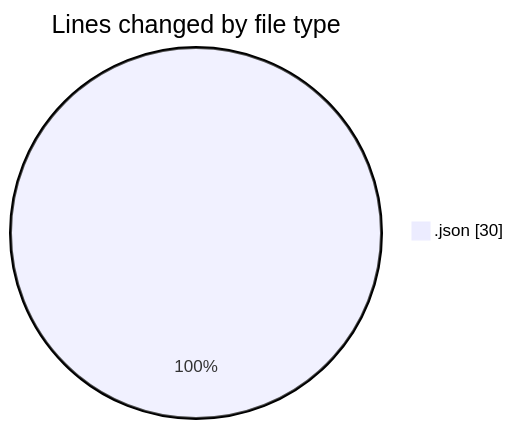
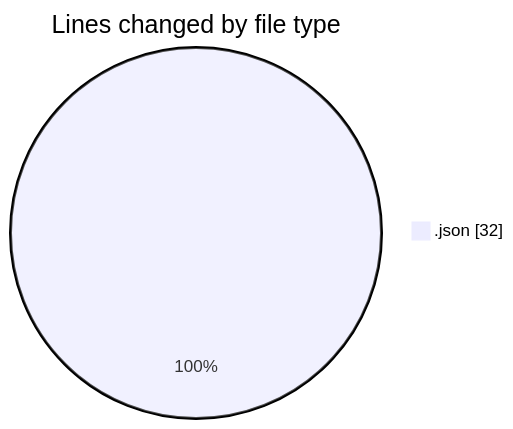
The first of 2 diagrams in 2025-05-08/scripts__workspace_/README.md (earendildev/code-tracking), drawn with Mermaid before and after one commit. The commit also changed other lines of this file and 1 other file, not shown here.

````diff
--- a/2025-05-08/scripts__workspace_/README.md
+++ b/2025-05-08/scripts__workspace_/README.md
@@ -20,5 +20,5 @@
 ```mermaid
 pie showData
 title Lines changed by file type
-".json" : 30
+".json" : 32
 ```
````
